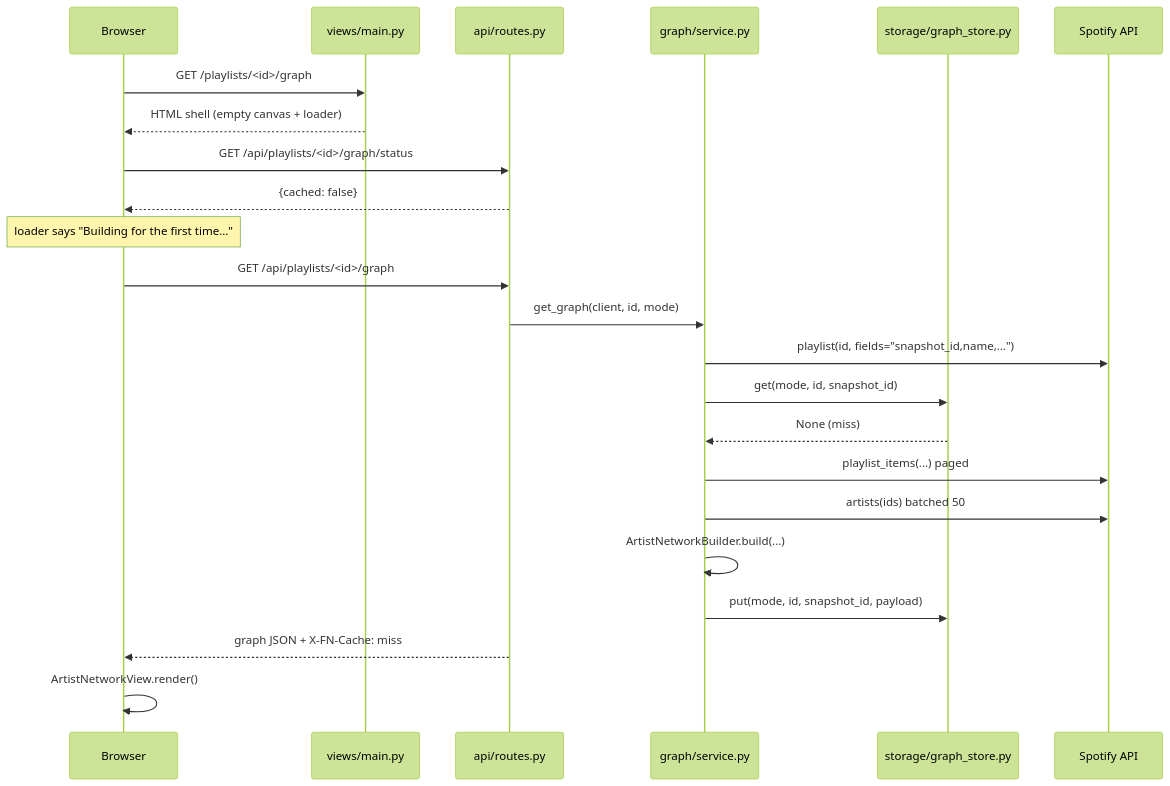
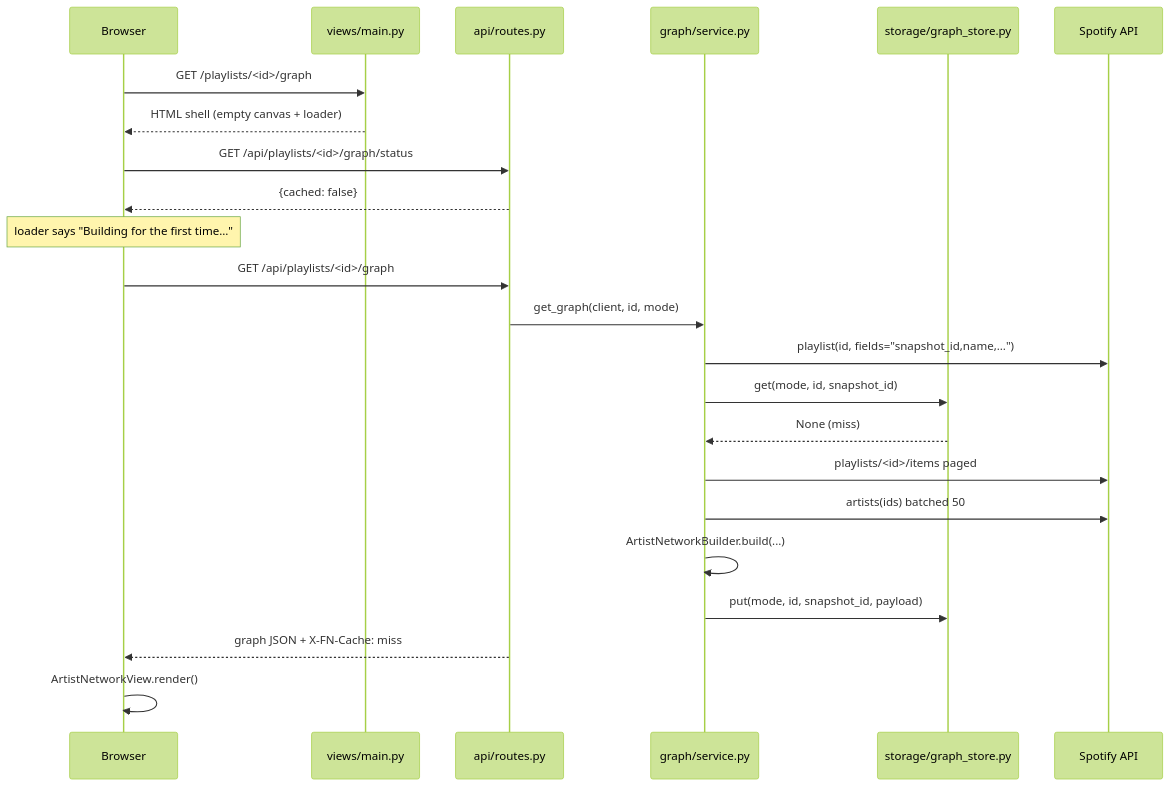
The diagram in README.md (riyadhossain1998/Spotified), drawn with Mermaid (forest theme) before and after one commit. The commit also changed 3 other files, not shown here.

First line of the commit message:
Migrate playlist reads to the 2026 Spotify items endpoint

````diff
--- a/README.md
+++ b/README.md
@@ -256,26 +256,26 @@
 ```mermaid
 sequenceDiagram
     participant B as Browser
     participant V as views/main.py
     participant A as api/routes.py
     participant S as graph/service.py
     participant C as storage/graph_store.py
     participant SP as Spotify API
 
     B->>V: GET /playlists/<id>/graph
     V-->>B: HTML shell (empty canvas + loader)
     B->>A: GET /api/playlists/<id>/graph/status
     A-->>B: {cached: false}
     Note over B: loader says "Building for the first time…"
     B->>A: GET /api/playlists/<id>/graph
     A->>S: get_graph(client, id, mode)
     S->>SP: playlist(id, fields="snapshot_id,name,…")
     S->>C: get(mode, id, snapshot_id)
     C-->>S: None (miss)
-    S->>SP: playlist_items(...) paged
+    S->>SP: playlists/<id>/items paged
     S->>SP: artists(ids) batched 50
     S->>S: ArtistNetworkBuilder.build(...)
     S->>C: put(mode, id, snapshot_id, payload)
     A-->>B: graph JSON + X-FN-Cache: miss
     B->>B: ArtistNetworkView.render()
 ```
````
